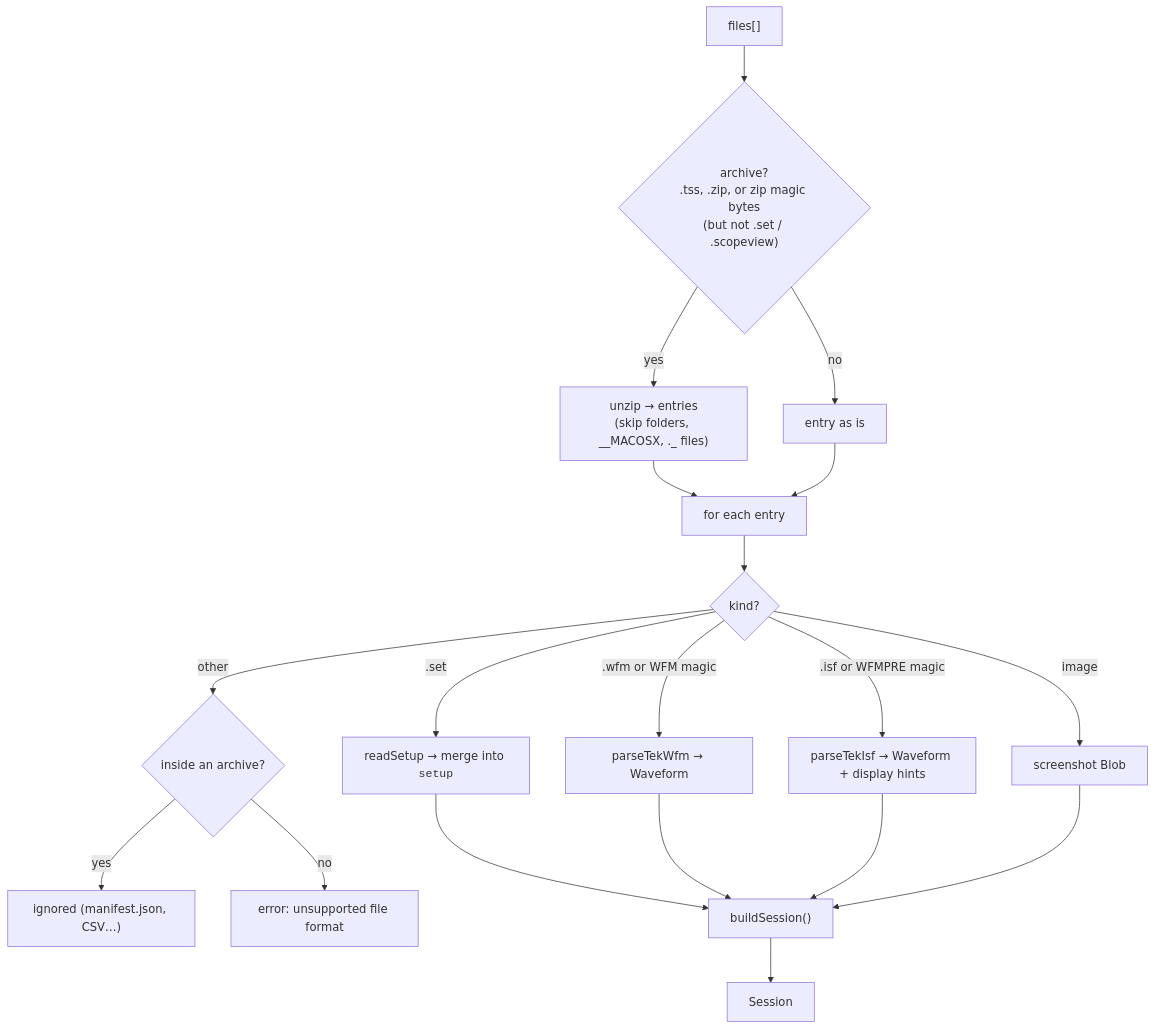
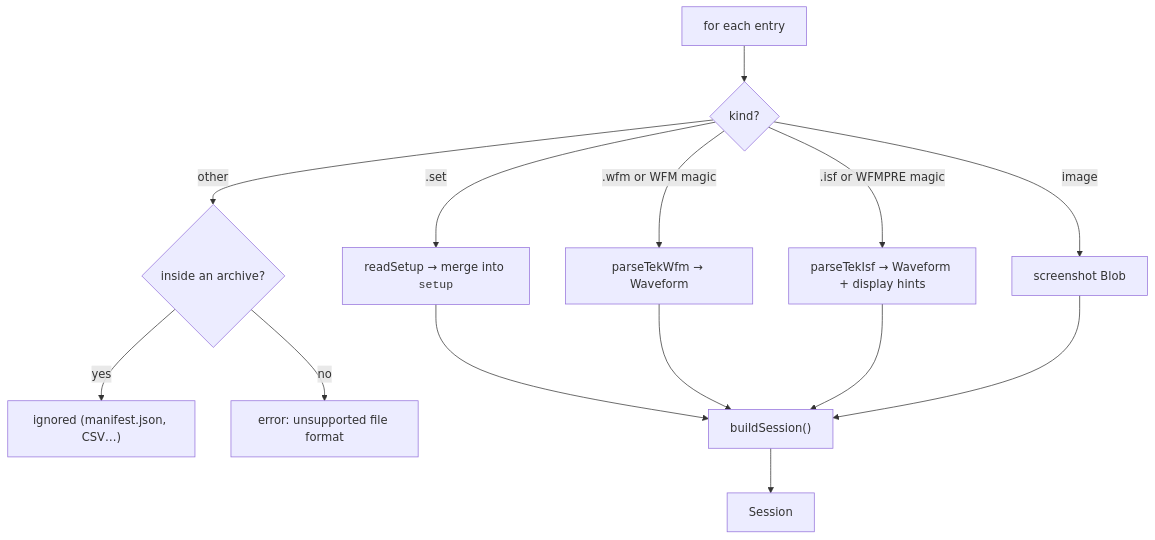
The third of 3 diagrams in docs/file-loading.md (TeodorSameisky/SCOPE_VIEWER), drawn with Mermaid before and after one commit. The commit also changed other lines of this file and 49 other files, not shown here.

````diff
--- a/docs/file-loading.md
+++ b/docs/file-loading.md
@@ -41,21 +65,16 @@
 ```mermaid
 flowchart TD
-  In["files[]"] --> U{"archive?<br/>.tss, .zip, or zip magic bytes<br/>(but not .set / .scopeview)"}
-  U -- yes --> X["unzip → entries<br/>(skip folders, __MACOSX, ._ files)"]
-  U -- no --> Y["entry as is"]
-  X --> Loop
-  Y --> Loop
   Loop["for each entry"] --> K{"kind?"}
   K -- ".set" --> S["readSetup → merge into <code>setup</code>"]
   K -- ".wfm or WFM magic" --> W["parseTekWfm → Waveform"]
   K -- ".isf or WFMPRE magic" --> I["parseTekIsf → Waveform + display hints"]
   K -- "image" --> P["screenshot Blob"]
   K -- "other" --> O{"inside an archive?"}
   O -- yes --> Skip["ignored (manifest.json, CSV…)"]
   O -- no --> Err["error: unsupported file format"]
   S --> Build
   W --> Build
   I --> Build
   P --> Build
   Build["buildSession()"] --> Out["Session"]
 ```
````
